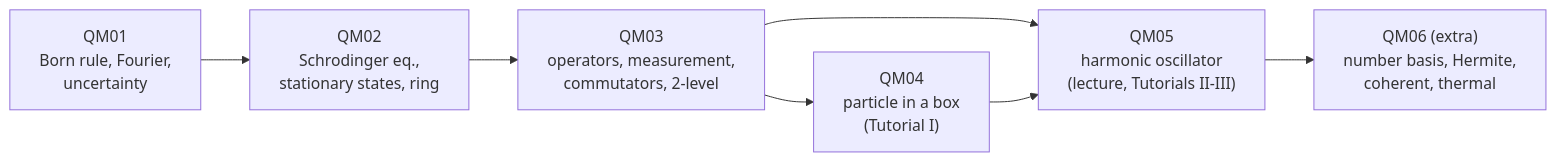
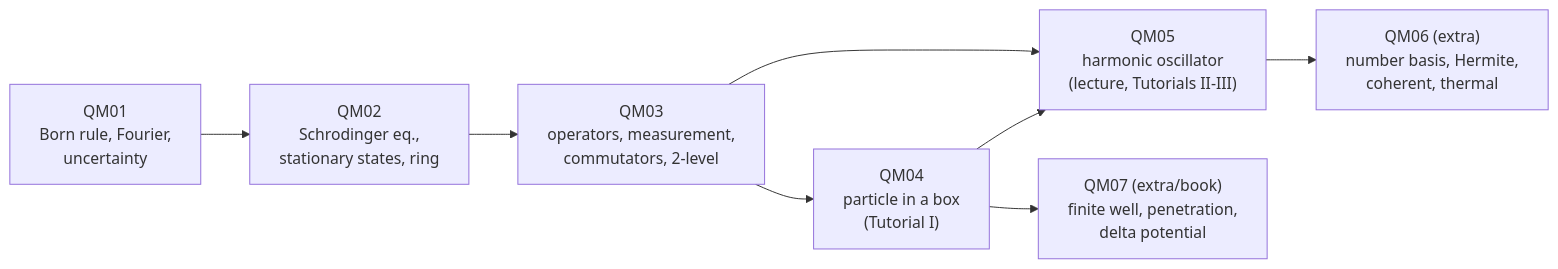
The diagram in 06-Quantum-Mechanics/Quantum Mechanics - Course Map.md (etswastik712/notes), drawn with Mermaid before and after one commit. The commit also changed other lines of this file and 14 other files, not shown here.

````diff
--- a/06-Quantum-Mechanics/Quantum Mechanics - Course Map.md
+++ b/06-Quantum-Mechanics/Quantum Mechanics - Course Map.md
@@ -21,9 +21,10 @@
 ```mermaid
 flowchart LR
   A["QM01<br/>Born rule, Fourier,<br/>uncertainty"] --> B["QM02<br/>Schrodinger eq.,<br/>stationary states, ring"]
   B --> C["QM03<br/>operators, measurement,<br/>commutators, 2-level"]
   C --> D["QM04<br/>particle in a box<br/>(Tutorial I)"]
   C --> E["QM05<br/>harmonic oscillator<br/>(lecture, Tutorials II-III)"]
   D --> E
   E --> F["QM06 (extra)<br/>number basis, Hermite,<br/>coherent, thermal"]
+  D --> G["QM07 (extra/book)<br/>finite well, penetration,<br/>delta potential"]
 ```
````
